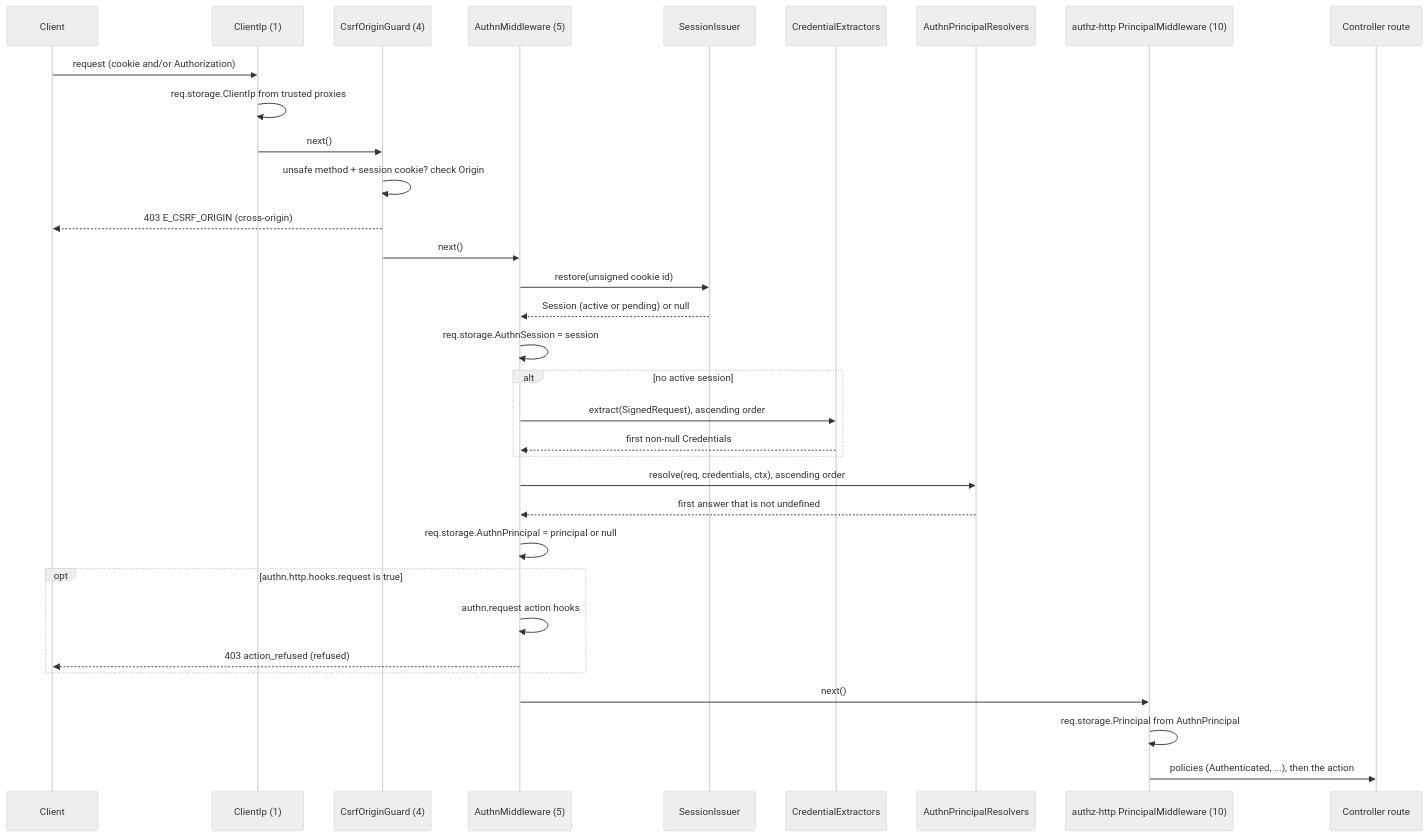
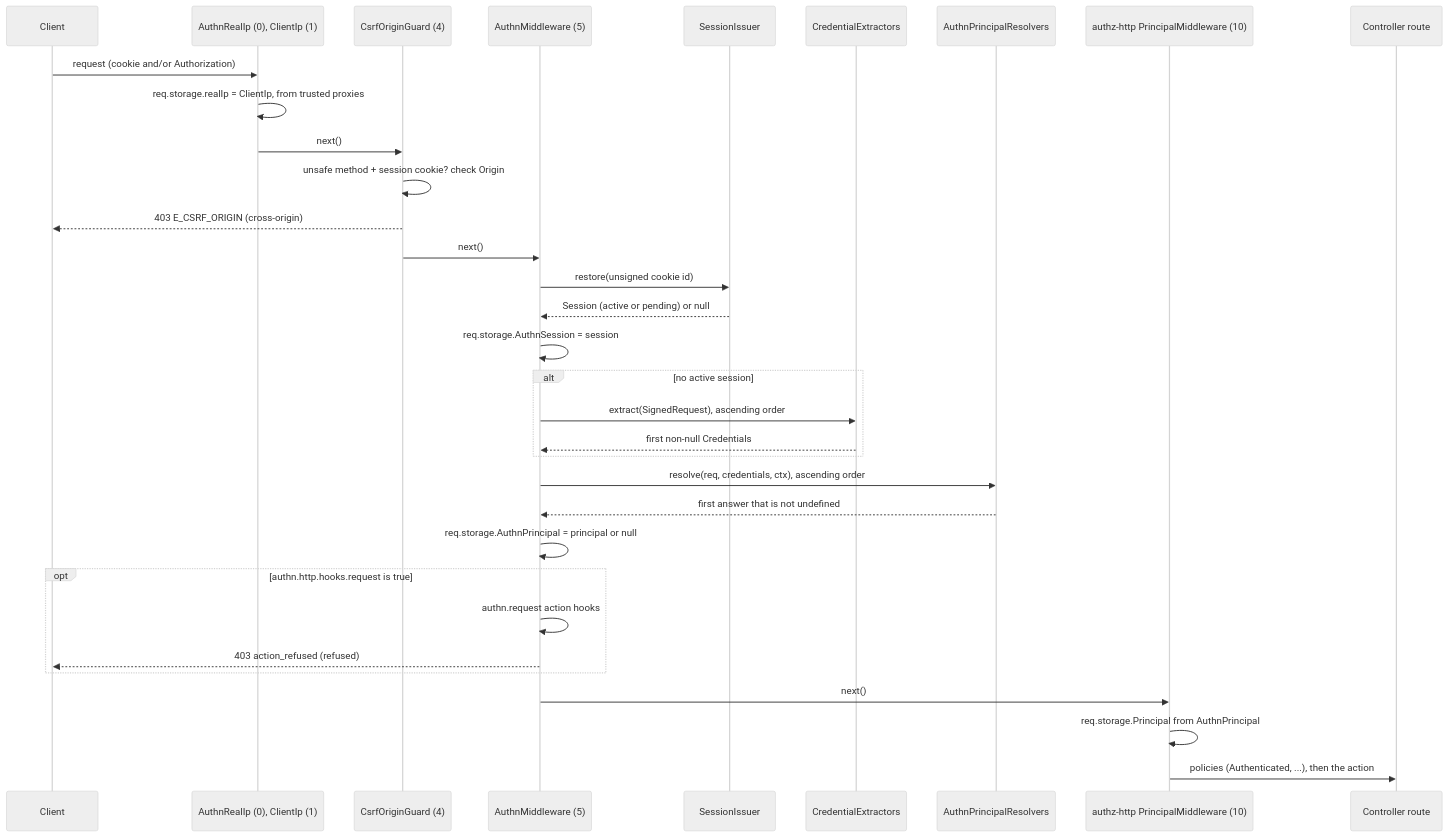
Before and after one commit to spinajs/main: the diagram in docs/authn-http/01-request-authentication.md, drawn with Mermaid (neutral theme). The commit also changed other lines of this file and 42 other files, not shown here.

First line of the commit message:
feat(authn-http)!: one client address for authn and the http limiters

````diff
--- a/docs/authn-http/01-request-authentication.md
+++ b/docs/authn-http/01-request-authentication.md
@@ -24,35 +24,35 @@
 ```mermaid
 sequenceDiagram
   participant C as Client
-  participant IP as ClientIp (1)
+  participant IP as AuthnRealIp (0), ClientIp (1)
   participant G as CsrfOriginGuard (4)
   participant M as AuthnMiddleware (5)
   participant S as SessionIssuer
   participant X as CredentialExtractors
   participant R as AuthnPrincipalResolvers
   participant Z as authz-http PrincipalMiddleware (10)
   participant A as Controller route
   C->>IP: request (cookie and/or Authorization)
-  IP->>IP: req.storage.ClientIp from trusted proxies
+  IP->>IP: req.storage.realIp = ClientIp, from trusted proxies
   IP->>G: next()
   G->>G: unsafe method + session cookie? check Origin
   G-->>C: 403 E_CSRF_ORIGIN (cross-origin)
   G->>M: next()
   M->>S: restore(unsigned cookie id)
   S-->>M: Session (active or pending) or null
   M->>M: req.storage.AuthnSession = session
   alt no active session
     M->>X: extract(SignedRequest), ascending order
     X-->>M: first non-null Credentials
   end
   M->>R: resolve(req, credentials, ctx), ascending order
   R-->>M: first answer that is not undefined
   M->>M: req.storage.AuthnPrincipal = principal or null
   opt authn.http.hooks.request is true
     M->>M: authn.request action hooks
     M-->>C: 403 action_refused (refused)
   end
   M->>Z: next()
   Z->>Z: req.storage.Principal from AuthnPrincipal
   Z->>A: policies (Authenticated, ...), then the action
 ```
````
